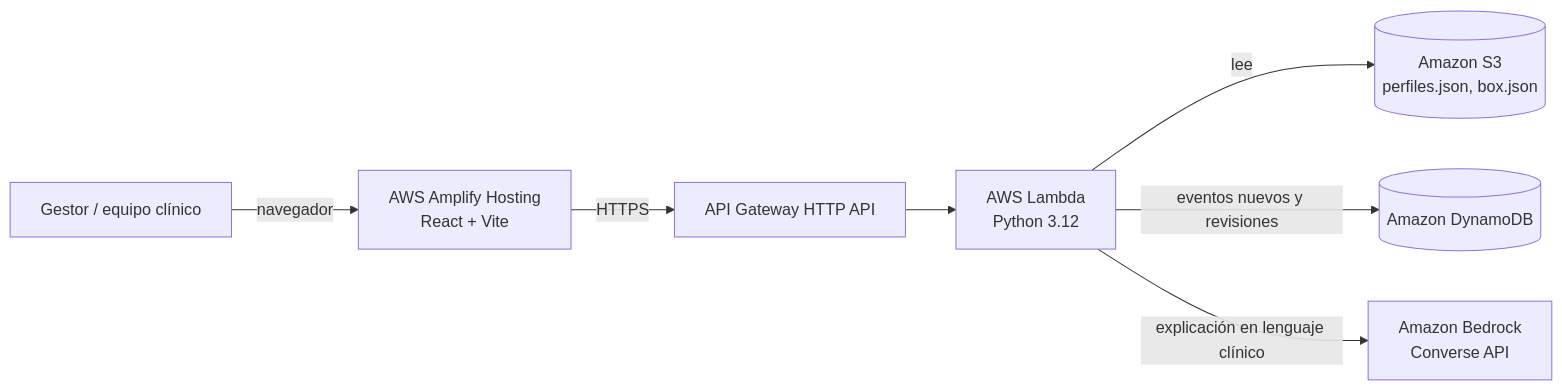
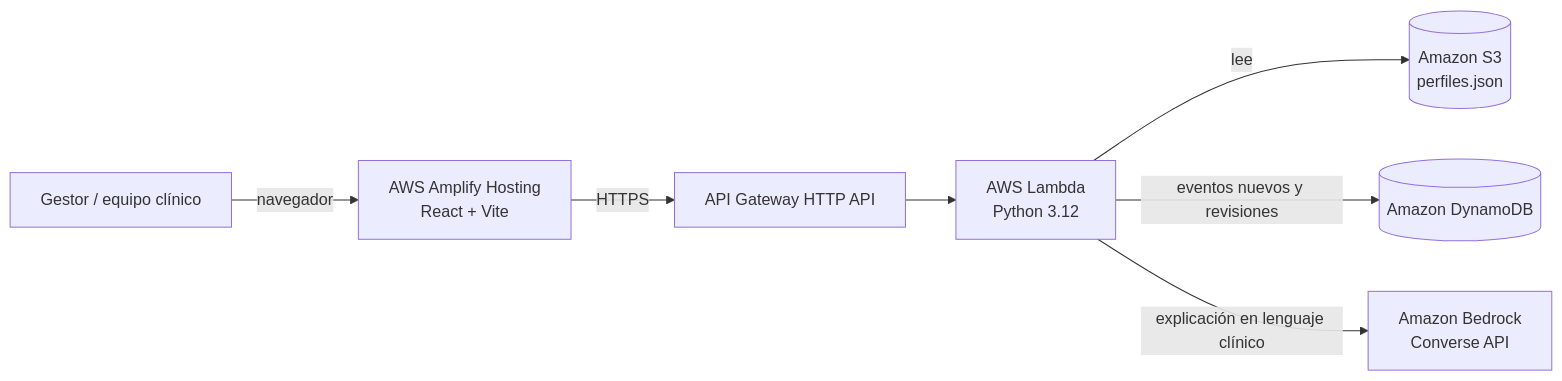
The diagram in docs/arquitectura.md (Rama1324/ambulatorio-dinamico), drawn with Mermaid before and after one commit. The commit also changed 45 other files, not shown here.

````diff
--- a/docs/arquitectura.md
+++ b/docs/arquitectura.md
@@ -3,9 +3,9 @@
 ```mermaid
 flowchart LR
   U[Gestor / equipo clínico] -->|navegador| A[AWS Amplify Hosting<br/>React + Vite]
   A -->|HTTPS| G[API Gateway HTTP API]
   G --> L[AWS Lambda<br/>Python 3.12]
-  L -->|lee| S[(Amazon S3<br/>perfiles.json, box.json)]
+  L -->|lee| S[(Amazon S3<br/>perfiles.json)]
   L -->|eventos nuevos y revisiones| D[(Amazon DynamoDB)]
   L -->|explicación en lenguaje clínico| B[Amazon Bedrock<br/>Converse API]
 ```
````
